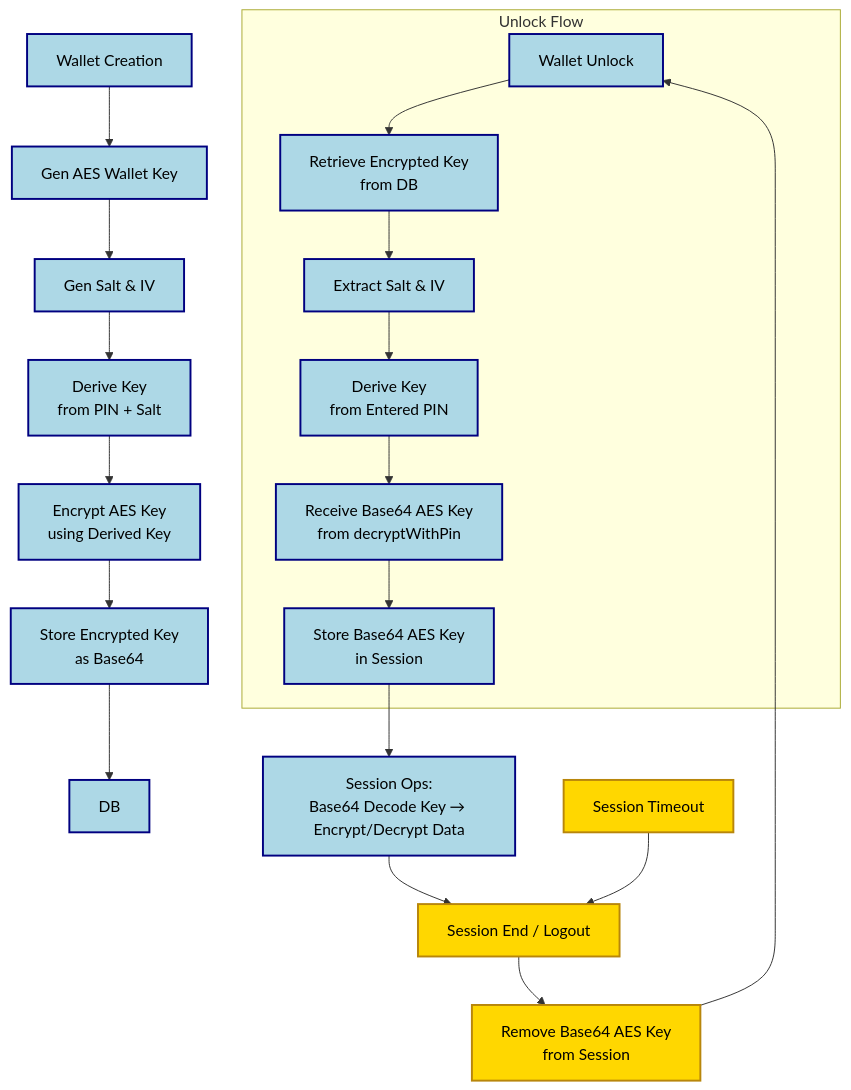
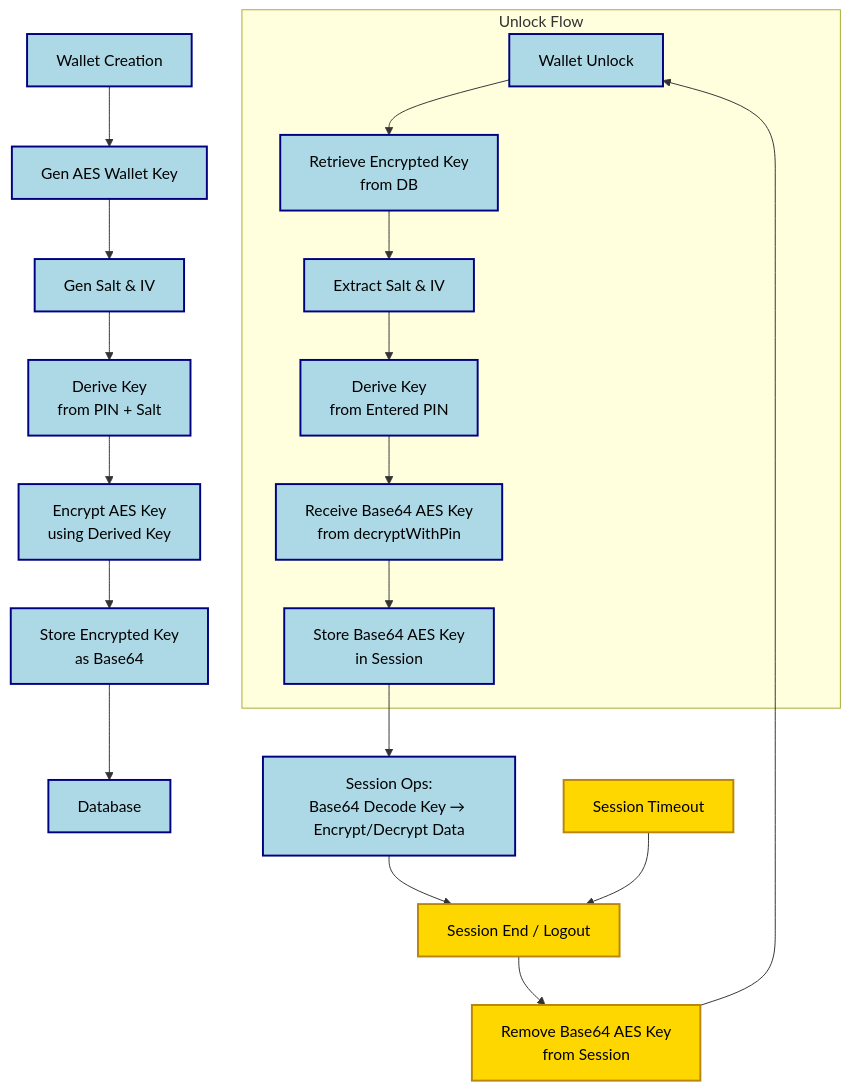
Before and after one commit to mosip/mimoto: the fourth of 4 diagrams in docs/UserDataEncryptionWithPinBasedKey.md, drawn with Mermaid. The commit also changed other lines of this file, not shown here.

````diff
--- a/docs/UserDataEncryptionWithPinBasedKey.md
+++ b/docs/UserDataEncryptionWithPinBasedKey.md
@@ -78,36 +276,36 @@
 ```mermaid
 flowchart TD
-%% Wallet Creation Flow
-A[Wallet Creation] --> B[Gen AES Wallet Key]
-B --> C[Gen Salt & IV]
-C --> D[Derive Key<br>from PIN + Salt]
-D --> E[Encrypt AES Key<br>using Derived Key]
-E --> F[Store Encrypted Key<br>as Base64]
-F --> G[DB]
+    %% Wallet Creation Flow
+    A[Wallet Creation] --> B[Gen AES Wallet Key]
+    B --> C[Gen Salt & IV]
+    C --> D[Derive Key<br>from PIN + Salt]
+    D --> E[Encrypt AES Key<br>using Derived Key]
+    E --> F[Store Encrypted Key<br>as Base64]
+    F --> G[Database]
 
     %% Wallet Unlock Subgraph
     subgraph Unlock Flow
         H[Wallet Unlock] --> I[Retrieve Encrypted Key<br>from DB]
         I --> J[Extract Salt & IV]
         J --> K[Derive Key<br>from Entered PIN]
         K --> L[Receive Base64 AES Key<br>from decryptWithPin]
         L --> M[Store Base64 AES Key<br>in Session]
     end
 
     %% Session Operations
     M --> N[Session Ops:<br>Base64 Decode Key → Encrypt/Decrypt Data]
     N --> O[Session End / Logout]
     O --> P[Remove Base64 AES Key<br>from Session]
     P --> H
 
     %% Session Timeout Node
     Q[Session Timeout] --> O
 
     %% Style classes
     classDef stylePrimary fill:#ADD8E6,stroke:#000080,stroke-width:2px,color:#000000;
     classDef styleSuccess fill:#90EE90,stroke:#006400,stroke-width:2px,color:#000000;
     classDef styleWarning fill:#FFD700,stroke:#B8860B,stroke-width:2px,color:#000000;
 
     class A,B,C,D,E,F,G,H,I,J,K,L,M,N stylePrimary
     class O,P,Q styleWarning
 ```
````
